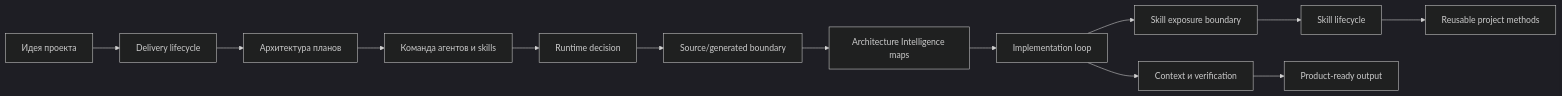
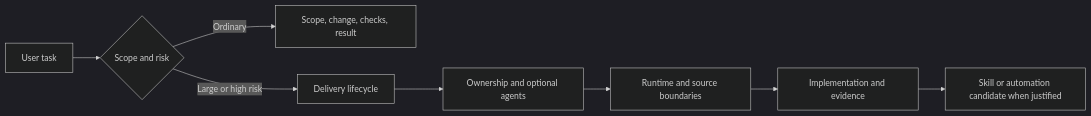
The diagram in docs/diagrams/index.md (alexroadcaster/product-agent-os), drawn with Mermaid (dark theme) before and after one commit. The commit also changed other lines of this file and 560 other files, not shown here.

````diff
--- a/docs/diagrams/index.md
+++ b/docs/diagrams/index.md
@@ -41,15 +41,10 @@
 ```mermaid
 flowchart LR
-    A["Идея проекта"] --> B["Delivery lifecycle"]
-    B --> B1["Архитектура планов"]
-    B1 --> C["Команда агентов и skills"]
-    C --> D["Runtime decision"]
-    D --> E["Source/generated boundary"]
-    E --> F["Architecture Intelligence maps"]
-    F --> G["Implementation loop"]
-    G --> H["Skill exposure boundary"]
-    H --> I["Skill lifecycle"]
-    G --> J["Context и verification"]
-    I --> K["Reusable project methods"]
-    J --> L["Product-ready output"]
+    A["User task"] --> B{"Scope and risk"}
+    B -->|Ordinary| C["Scope, change, checks, result"]
+    B -->|Large or high risk| D["Delivery lifecycle"]
+    D --> E["Ownership and optional agents"]
+    E --> F["Runtime and source boundaries"]
+    F --> G["Implementation and evidence"]
+    G --> H["Skill or automation candidate when justified"]
 ```
````
